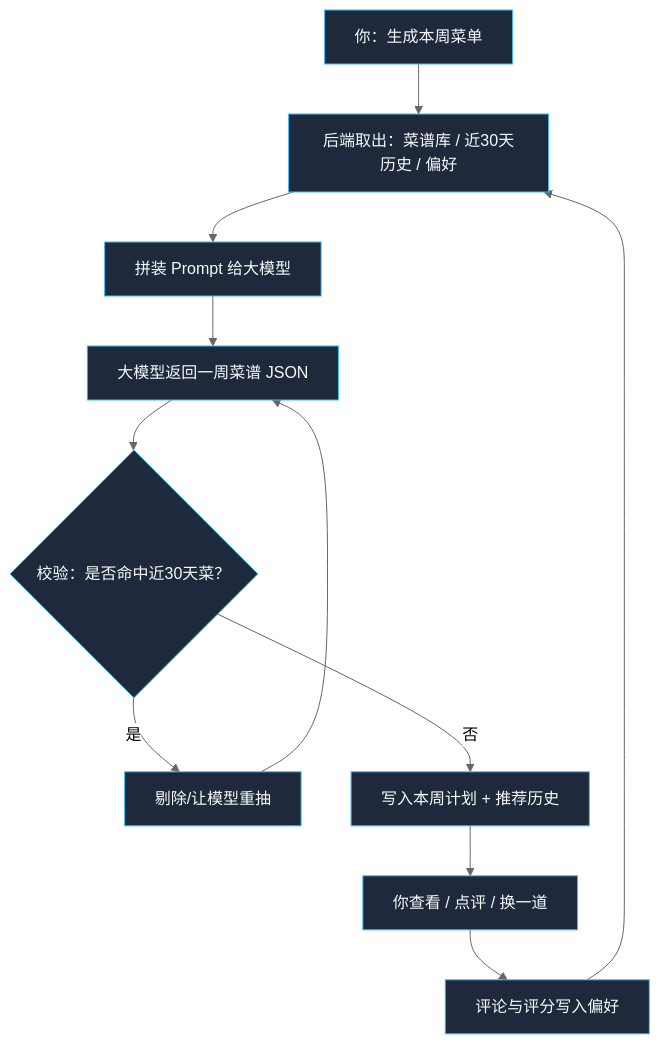
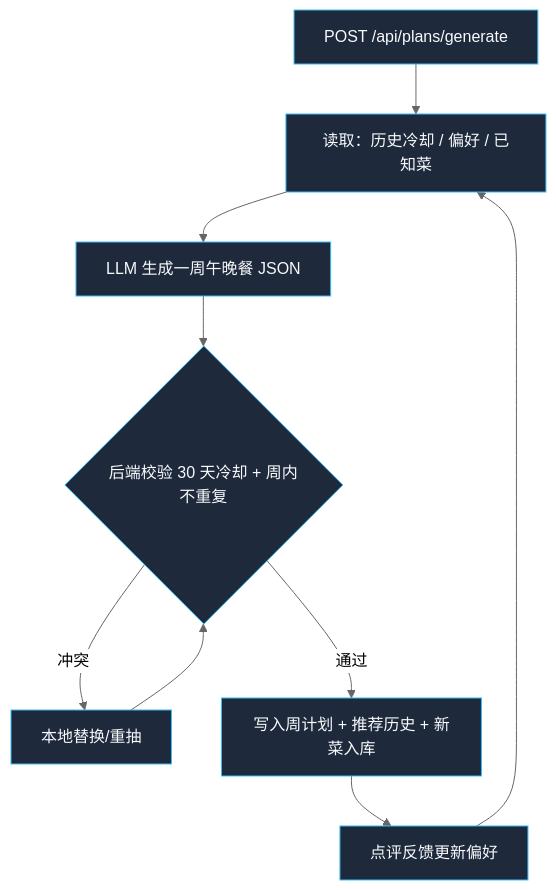
The first of 2 diagrams in docs/PLAN.md (quanchenlc/daily-recipe), drawn with Mermaid (neutral theme) before and after one commit. The commit also changed other lines of this file and 43 other files, not shown here.

````diff
--- a/docs/PLAN.md
+++ b/docs/PLAN.md
@@ -18,16 +24,14 @@
 ```mermaid
 flowchart TD
-  A["你：生成本周菜单"] --> B["后端取出：菜谱库 / 近30天历史 / 偏好"]
-  B --> C["拼装 Prompt 给大模型"]
-  C --> D["大模型返回一周菜谱 JSON"]
-  D --> E{"校验：是否命中近30天菜？"}
-  E -->|是| F["剔除/让模型重抽"]
-  F --> D
-  E -->|否| G["写入本周计划 + 推荐历史"]
-  G --> H["你查看 / 点评 / 换一道"]
-  H --> I["评论与评分写入偏好"]
-  I --> B
+  A["POST /api/plans/generate"] --> B["读取：历史冷却 / 偏好 / 已知菜"]
+  B --> C["LLM 生成一周午晚餐 JSON"]
+  C --> D{"后端校验 30 天冷却 + 周内不重复"}
+  D -->|冲突| E["本地替换/重抽"]
+  E --> D
+  D -->|通过| F["写入周计划 + 推荐历史 + 新菜入库"]
+  F --> G["点评反馈更新偏好"]
+  G --> B
 
   classDef box fill:#1e293b,stroke:#38bdf8,color:#f8fafc
-  class A,B,C,D,E,F,G,H,I box
+  class A,B,C,D,E,F,G box
 ```
````
